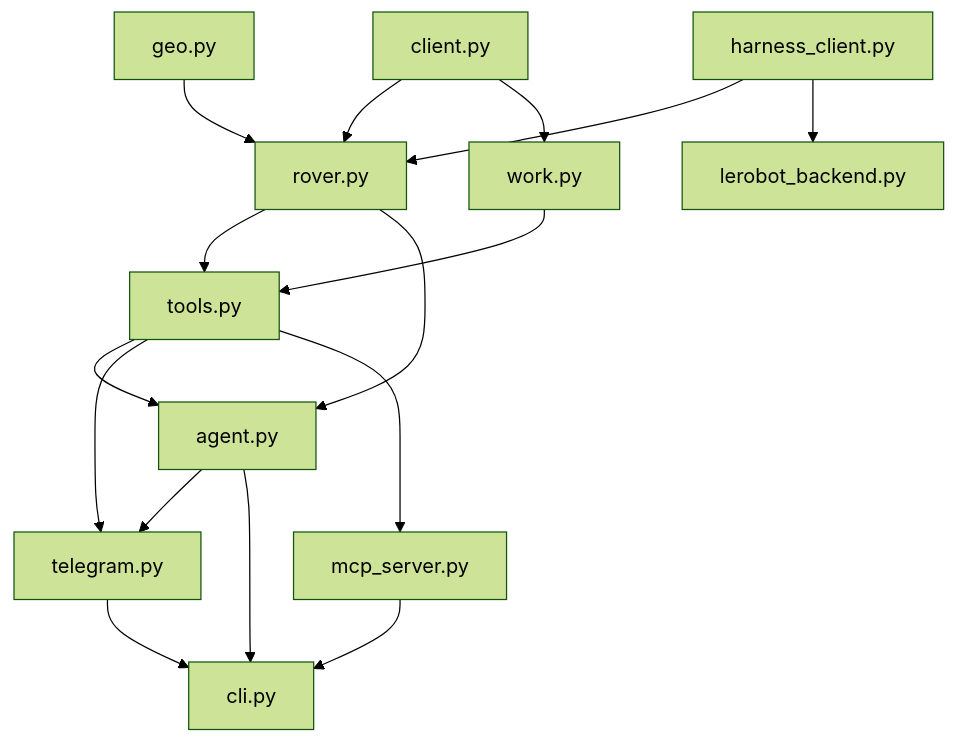
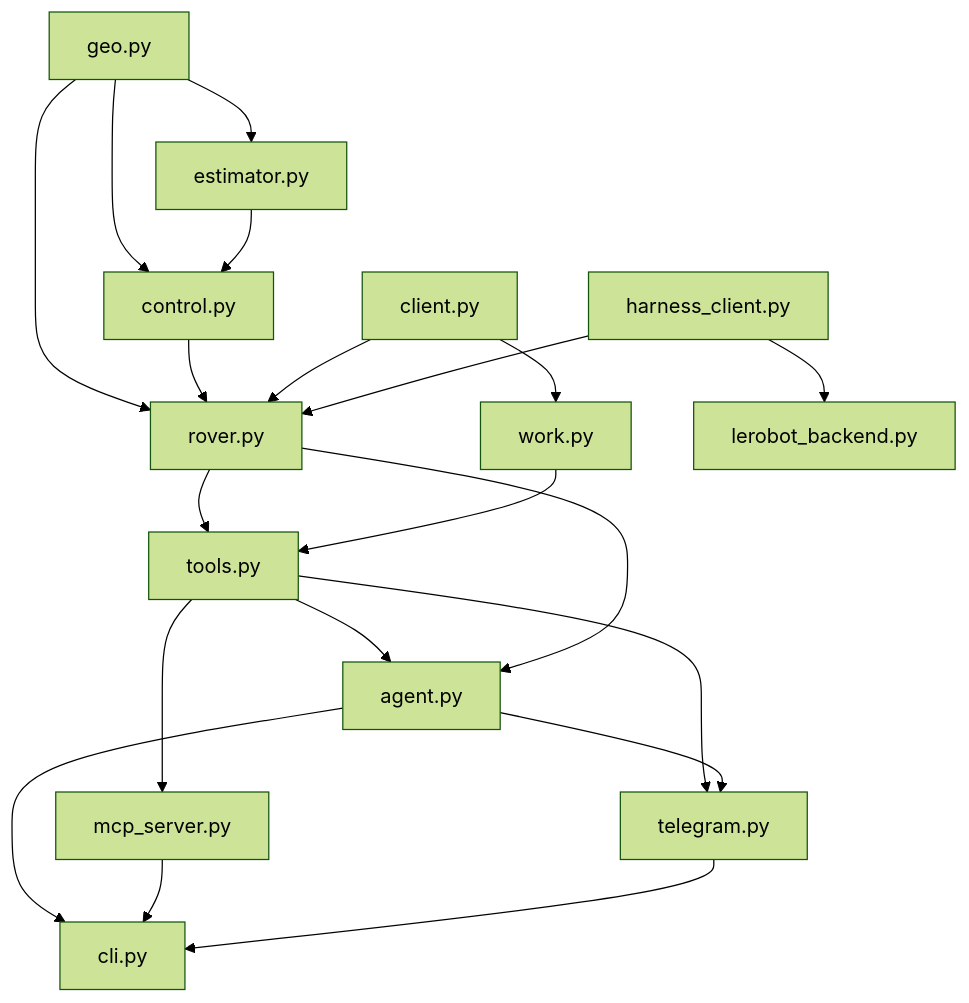
One commit to 0xSoftBoi/mini-plus-agent-kit changed diagram 12 of 14 in docs/ARCHITECTURE.md. Above: the diagram before and after it, drawn with Mermaid (forest theme). The commit also changed other lines of this file and 7 other files, not shown here.

First line of the commit message:
feat: closed-loop fused navigation stack (estimator + control + safety)

````diff
--- a/docs/ARCHITECTURE.md
+++ b/docs/ARCHITECTURE.md
@@ -356,18 +424,22 @@
 ```mermaid
 graph TD
   geo["geo.py"] --> rover["rover.py"]
+  geo --> estimator["estimator.py"]
+  geo --> control["control.py"]
+  estimator --> control
+  control --> rover
   client["client.py"] --> rover
   harness["harness_client.py"] --> rover
   client --> work["work.py"]
   rover --> tools["tools.py"]
   work --> tools
   tools --> agent["agent.py"]
   tools --> telegram["telegram.py"]
   tools --> mcp["mcp_server.py"]
   rover --> agent
   agent --> telegram
   harness --> lerobot["lerobot_backend.py"]
   agent --> cli["cli.py"]
   mcp --> cli
   telegram --> cli
 ```
````
